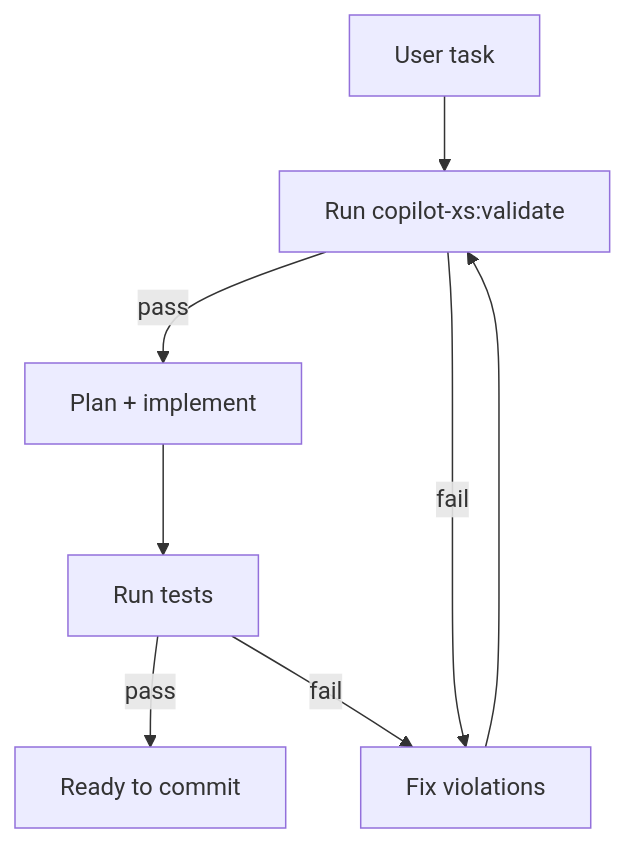
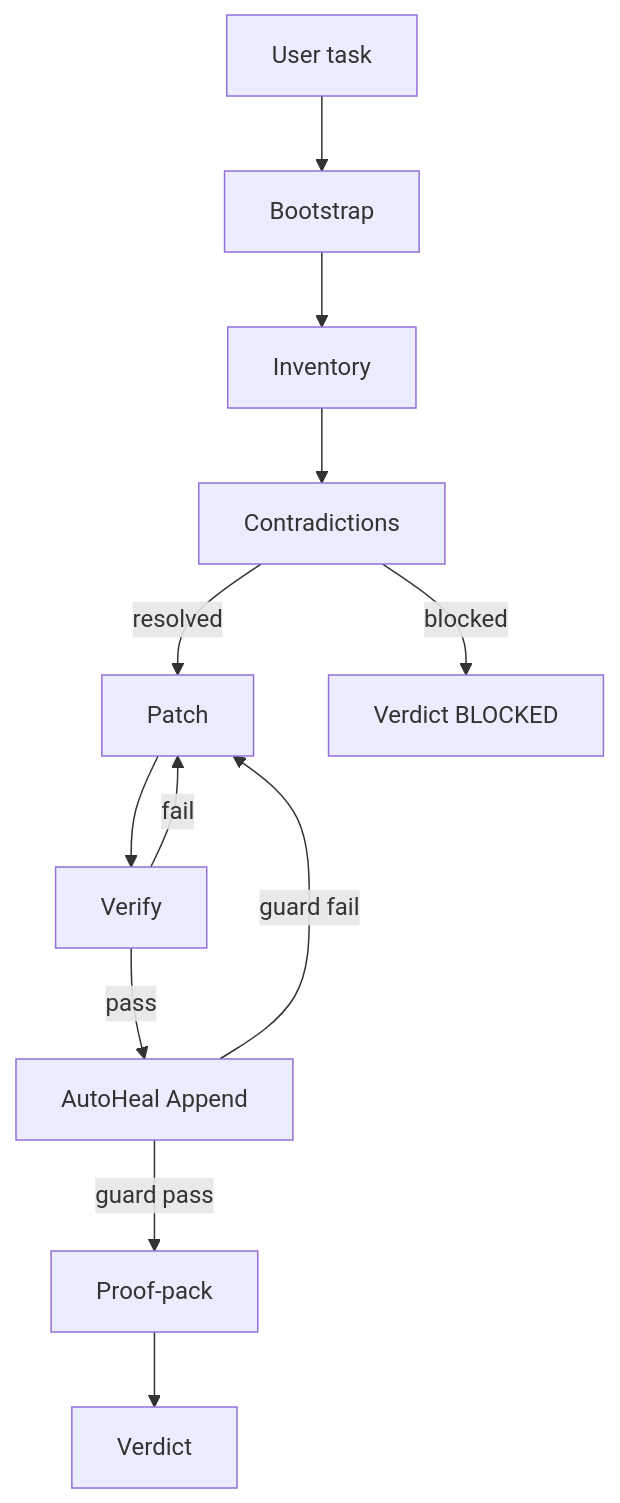
Before and after one commit to KallokTherok1994/TITANE_INFINITY: the diagram in .github/copilot-workflow.mermaid, drawn with Mermaid. The commit also changed 22 other files, not shown here.

```diff
--- a/.github/copilot-workflow.mermaid
+++ b/.github/copilot-workflow.mermaid
@@ -1,13 +1,17 @@
 %% TITANE∞ — COPILOT-XS scaffolding
 %% Creator: Kevin Thibault
 %% Generated/maintained with GitHub Copilot (GPT-5.2)
 %% License: governed by repository LICENSE.md
 
 flowchart TD
-  User[User task] --> Validate[Run copilot-xs:validate]
-  Validate -->|pass| Plan[Plan + implement]
-  Validate -->|fail| Fix[Fix violations]
-  Fix --> Validate
-  Plan --> Test[Run tests]
-  Test -->|pass| Done[Ready to commit]
-  Test -->|fail| Fix
+  User[User task] --> Bootstrap[Bootstrap]
+  Bootstrap --> Inventory[Inventory]
+  Inventory --> Contradictions[Contradictions]
+  Contradictions -->|resolved| Patch[Patch]
+  Contradictions -->|blocked| VerdictBlocked[Verdict BLOCKED]
+  Patch --> Verify[Verify]
+  Verify -->|pass| AutoHeal[AutoHeal Append]
+  Verify -->|fail| Patch
+  AutoHeal -->|guard pass| ProofPack[Proof-pack]
+  AutoHeal -->|guard fail| Patch
+  ProofPack --> Verdict[Verdict]
```
